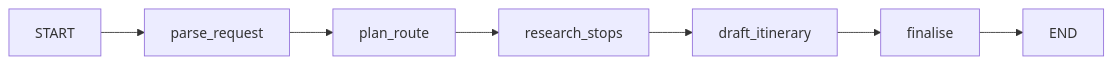
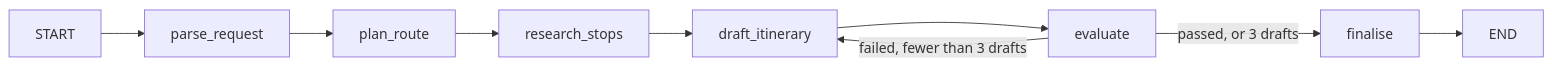
The diagram in packages/langchain/examples/trip_planner/README.md (prefactordev/python-sdk), drawn with Mermaid before and after one commit. The commit also changed other lines of this file and 5 other files, not shown here.

````diff
--- a/packages/langchain/examples/trip_planner/README.md
+++ b/packages/langchain/examples/trip_planner/README.md
@@ -16,4 +16,6 @@
 ```mermaid
 flowchart LR
-    START --> parse_request --> plan_route --> research_stops --> draft_itinerary --> finalise --> END
+    START --> parse_request --> plan_route --> research_stops --> draft_itinerary --> evaluate
+    evaluate -- failed, fewer than 3 drafts --> draft_itinerary
+    evaluate -- passed, or 3 drafts --> finalise --> END
 ```
````
